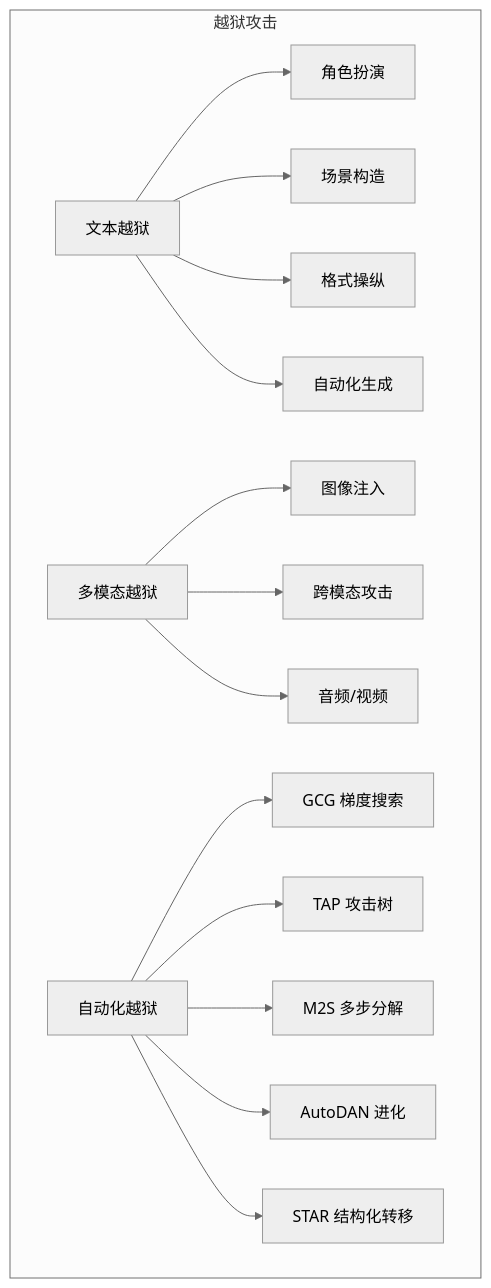
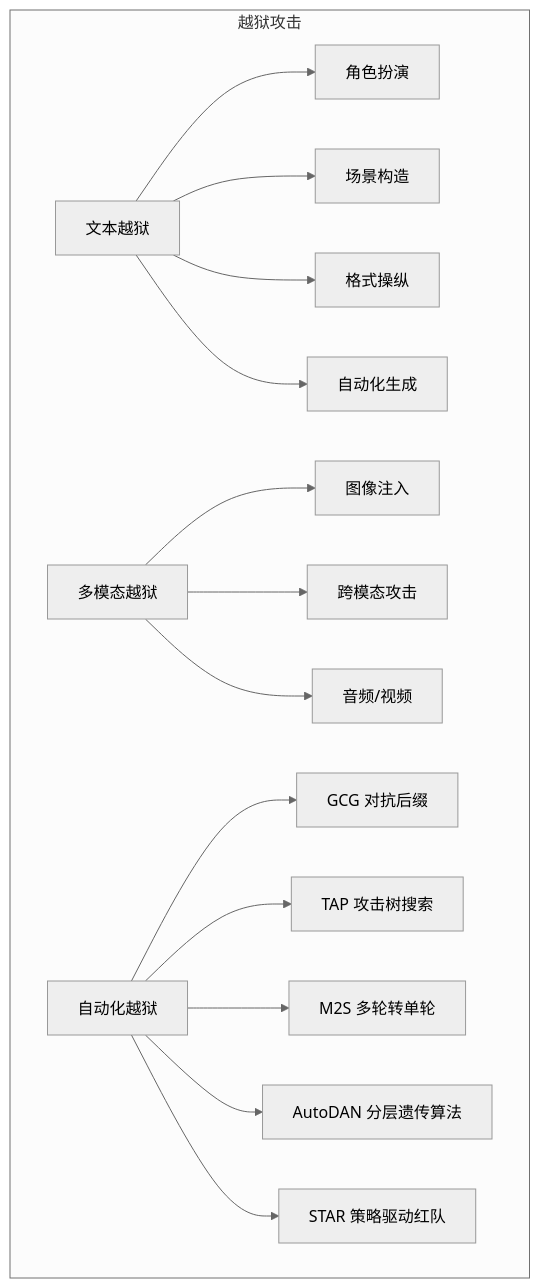
Before and after one commit to yeasy/ai_security_guide: the diagram in 05_jailbreak/summary.md, drawn with Mermaid (neutral theme). The commit also changed other lines of this file and 15 other files, not shown here.

````diff
--- a/05_jailbreak/summary.md
+++ b/05_jailbreak/summary.md
@@ -21,19 +21,19 @@
 ```mermaid
 graph TB
     subgraph "越狱攻击"
     A["文本越狱"] --> A1["角色扮演"]
     A --> A2["场景构造"]
     A --> A3["格式操纵"]
     A --> A4["自动化生成"]
 
     B["多模态越狱"] --> B1["图像注入"]
     B --> B2["跨模态攻击"]
     B --> B3["音频/视频"]
 
-    C["自动化越狱"] --> C1["GCG 梯度搜索"]
-    C --> C2["TAP 攻击树"]
-    C --> C3["M2S 多步分解"]
-    C --> C4["AutoDAN 进化"]
-    C --> C5["STAR 结构化转移"]
+    C["自动化越狱"] --> C1["GCG 对抗后缀"]
+    C --> C2["TAP 攻击树搜索"]
+    C --> C3["M2S 多轮转单轮"]
+    C --> C4["AutoDAN 分层遗传算法"]
+    C --> C5["STAR 策略驱动红队"]
     end
 ```
````
